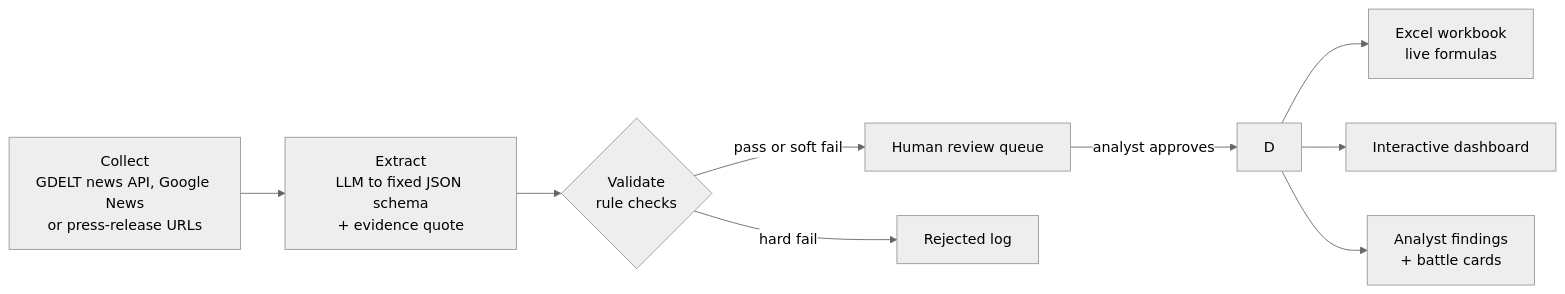
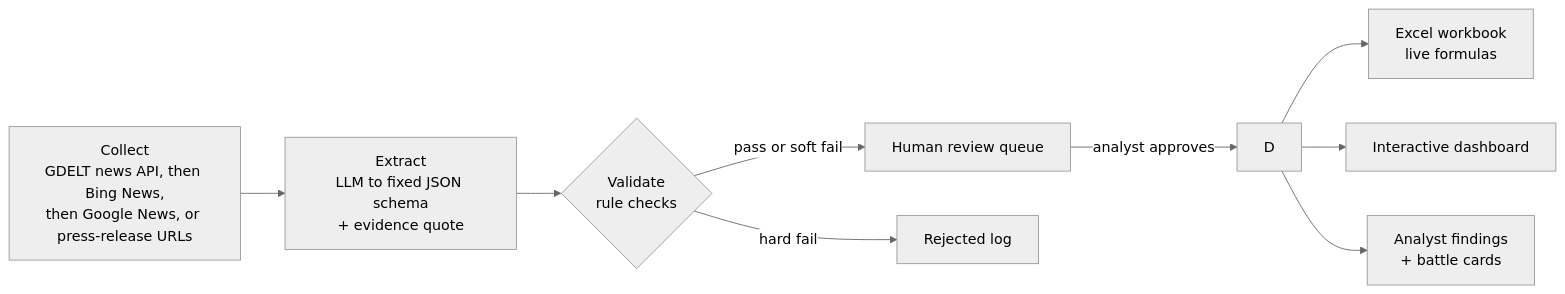
The diagram in README.md (lokpriye96/ai-ci-tracker), drawn with Mermaid (neutral theme) before and after one commit. The commit also changed other lines of this file and 1 other file, not shown here.

Commit message:
Document Bing News in the collector fallback chain
README and methodology listed GDELT and Google News only; the collector also uses Bing News as its second source.

````diff
--- a/README.md
+++ b/README.md
@@ -40,11 +40,11 @@
 ```mermaid
 flowchart LR
-    A[Collect<br/>GDELT news API, Google News<br/>or press-release URLs] --> B[Extract<br/>LLM to fixed JSON schema<br/>+ evidence quote]
+    A[Collect<br/>GDELT news API, then Bing News,<br/>then Google News, or press-release URLs] --> B[Extract<br/>LLM to fixed JSON schema<br/>+ evidence quote]
     B --> C{Validate<br/>rule checks}
     C -->|pass or soft fail| E[Human review queue]
     C -->|hard fail| F[Rejected log]
     E -->|analyst approves| D
     D --> G[Excel workbook<br/>live formulas]
     D --> H[Interactive dashboard]
     D --> I[Analyst findings<br/>+ battle cards]
 ```
````
